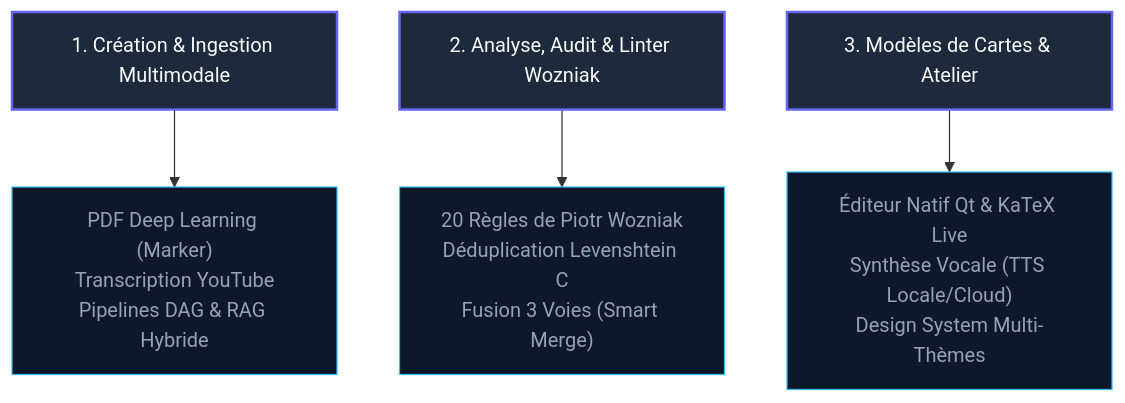
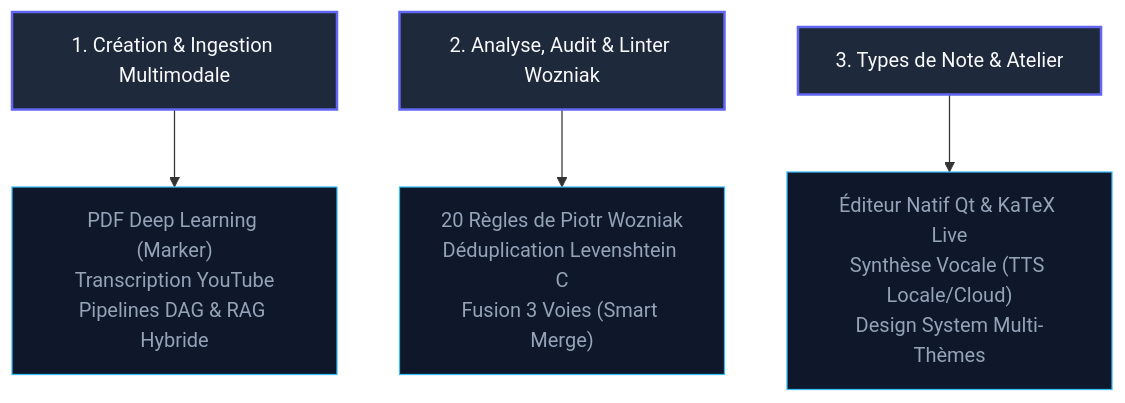
Before and after one commit to Skyl9/AnkiForge: the diagram in docs/index.md, drawn with Mermaid. The commit also changed 11 other files, not shown here.

````diff
--- a/docs/index.md
+++ b/docs/index.md
@@ -17,13 +17,13 @@
 ```mermaid
 graph TD
     classDef pillar fill:#1e293b,stroke:#6366f1,stroke-width:2px,color:#f8fafc;
     classDef sub fill:#0f172a,stroke:#38bdf8,stroke-width:1px,color:#94a3b8;
 
     P1["1. Création & Ingestion Multimodale"]:::pillar
     P2["2. Analyse, Audit & Linter Wozniak"]:::pillar
-    P3["3. Modèles de Cartes & Atelier"]:::pillar
+    P3["3. Types de Note & Atelier"]:::pillar
 
     P1 --> S1["PDF Deep Learning (Marker)<br/>Transcription YouTube<br/>Pipelines DAG & RAG Hybride"]:::sub
     P2 --> S2["20 Règles de Piotr Wozniak<br/>Déduplication Levenshtein C<br/>Fusion 3 Voies (Smart Merge)"]:::sub
     P3 --> S3["Éditeur Natif Qt & KaTeX Live<br/>Synthèse Vocale (TTS Locale/Cloud)<br/>Design System Multi-Thèmes"]:::sub
 ```
````
